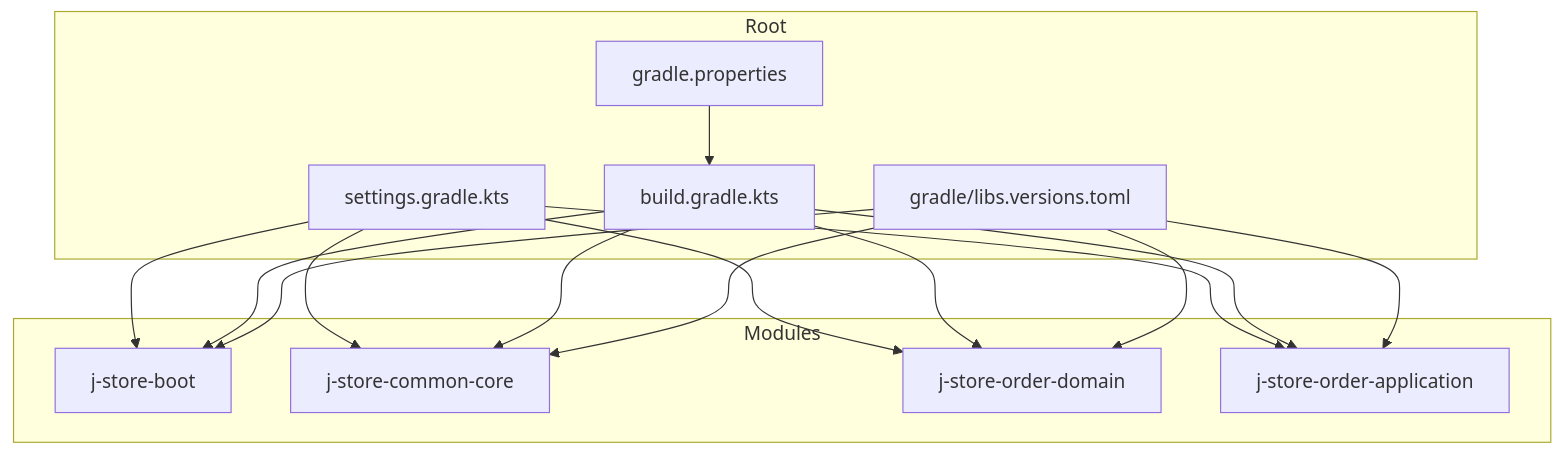
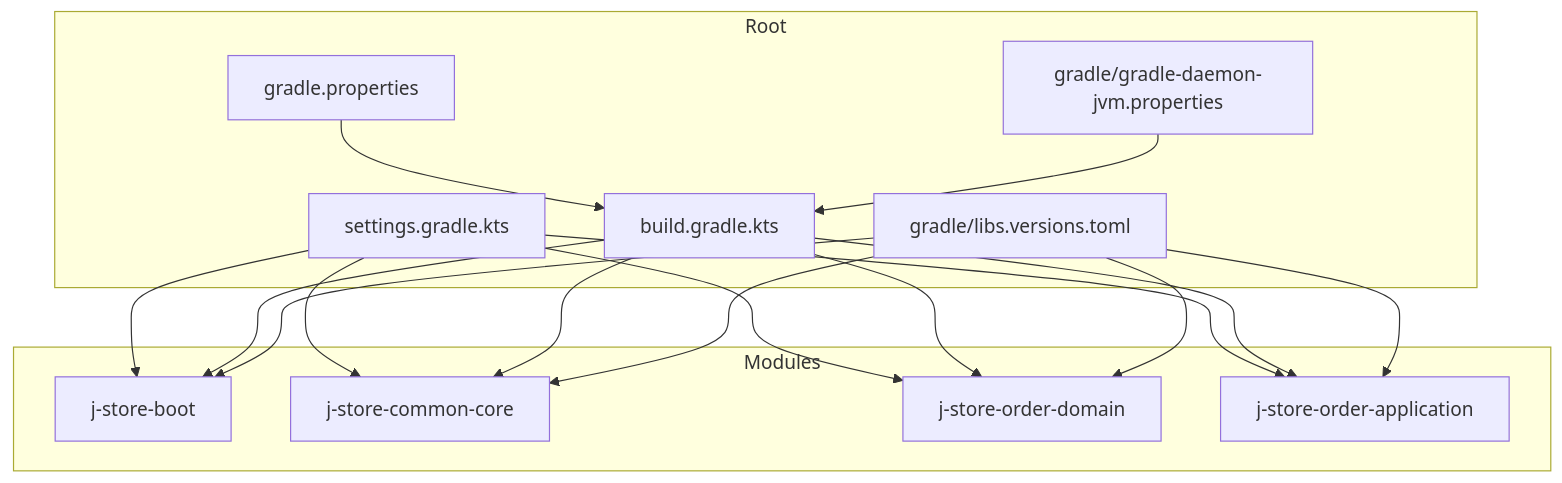
Before and after one commit to ddd-mall/j-store: the first of 4 diagrams in .qoder/repowiki/en/content/Development Guide/Build System & Dependency Management.md, drawn with Mermaid. The commit also changed other lines of this file and 278 other files, not shown here.

````diff
--- a/.qoder/repowiki/en/content/Development Guide/Build System & Dependency Management.md
+++ b/.qoder/repowiki/en/content/Development Guide/Build System & Dependency Management.md
@@ -38,28 +50,30 @@
 ```mermaid
 graph TB
 subgraph "Root"
 S["settings.gradle.kts"]
 B["build.gradle.kts"]
 GProps["gradle.properties"]
 V["gradle/libs.versions.toml"]
+D["gradle/gradle-daemon-jvm.properties"]
 end
 subgraph "Modules"
 MBoot["j-store-boot"]
 MCommonCore["j-store-common-core"]
 MOrderDomain["j-store-order-domain"]
 MOrderApp["j-store-order-application"]
 end
 S --> MBoot
 S --> MCommonCore
 S --> MOrderDomain
 S --> MOrderApp
 B --> MBoot
 B --> MCommonCore
 B --> MOrderDomain
 B --> MOrderApp
 V --> MBoot
 V --> MCommonCore
 V --> MOrderDomain
 V --> MOrderApp
 GProps --> B
+D --> B
 ```
````
